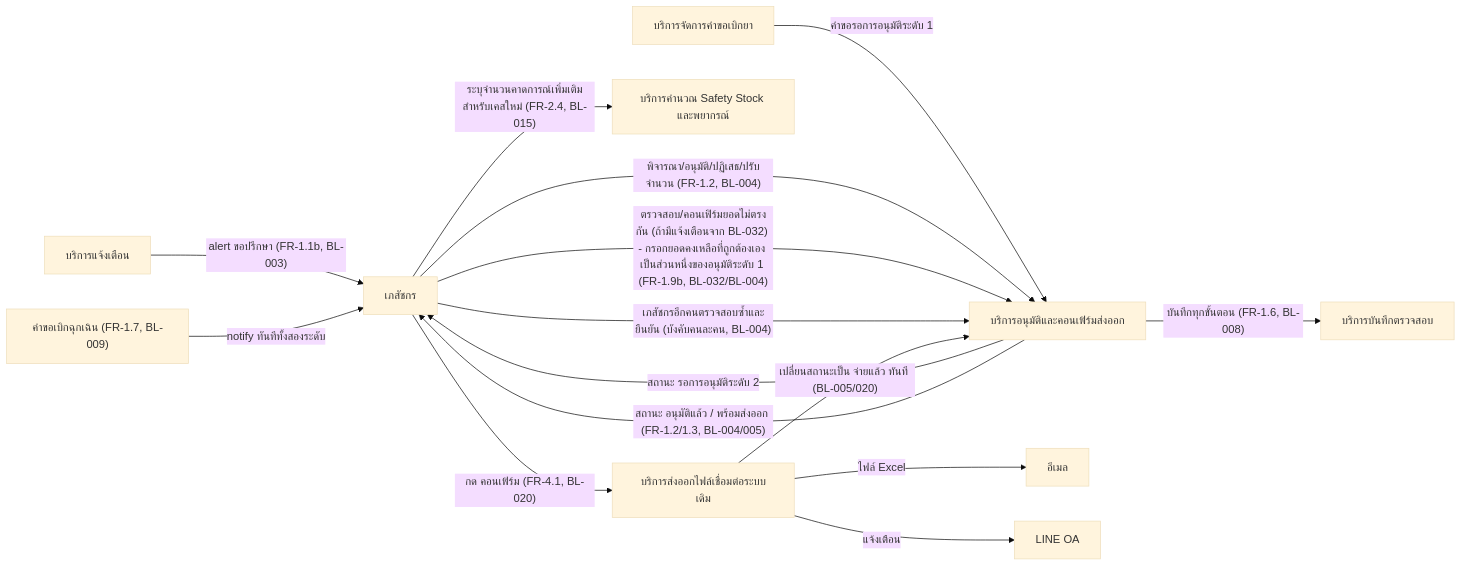
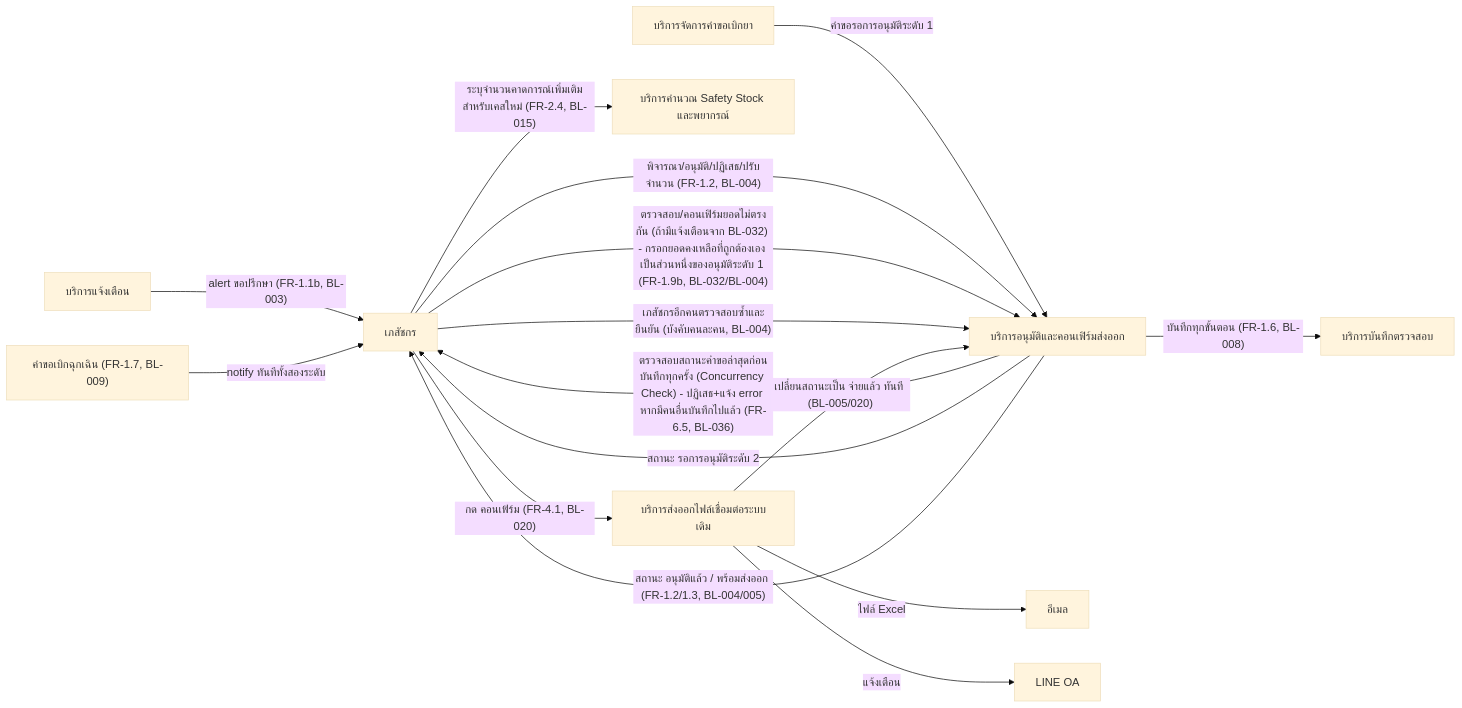
The third of 5 diagrams in 01-requirements/05-architecture.md (6910127-warang/sync_smart), drawn with Mermaid (base theme) before and after one commit. The commit also changed other lines of this file and 37 other files, not shown here.

````diff
--- a/01-requirements/05-architecture.md
+++ b/01-requirements/05-architecture.md
@@ -92,17 +94,18 @@
 ```mermaid
 flowchart LR
     NOTIFY["บริการแจ้งเตือน"] -->|"alert ขอปรึกษา (FR-1.1b, BL-003)"| PHARM["เภสัชกร"]
     REQ["บริการจัดการคำขอเบิกยา"] -->|"คำขอรอการอนุมัติระดับ 1"| APPROVE["บริการอนุมัติและคอนเฟิร์มส่งออก"]
+    APPROVE -->|"ตรวจสอบสถานะคำขอล่าสุดก่อนบันทึกทุกครั้ง (Concurrency Check) - ปฏิเสธ+แจ้ง error หากมีคนอื่นบันทึกไปแล้ว (FR-6.5, BL-036)"| PHARM
     PHARM -->|"พิจารณา/อนุมัติ/ปฏิเสธ/ปรับจำนวน (FR-1.2, BL-004)"| APPROVE
     PHARM -->|"ตรวจสอบ/คอนเฟิร์มยอดไม่ตรงกัน (ถ้ามีแจ้งเตือนจาก BL-032) - กรอกยอดคงเหลือที่ถูกต้องเอง เป็นส่วนหนึ่งของอนุมัติระดับ 1 (FR-1.9b, BL-032/BL-004)"| APPROVE
     PHARM -->|"ระบุจำนวนคาดการณ์เพิ่มเติมสำหรับเคสใหม่ (FR-2.4, BL-015)"| FORECAST["บริการคำนวณ Safety Stock และพยากรณ์"]
     APPROVE -->|"สถานะ รอการอนุมัติระดับ 2"| PHARM
     PHARM -->|"เภสัชกรอีกคนตรวจสอบซ้ำและยืนยัน (บังคับคนละคน, BL-004)"| APPROVE
     APPROVE -->|"สถานะ อนุมัติแล้ว / พร้อมส่งออก (FR-1.2/1.3, BL-004/005)"| PHARM
     PHARM -->|"กด คอนเฟิร์ม (FR-4.1, BL-020)"| EXPORT["บริการส่งออกไฟล์เชื่อมต่อระบบเดิม"]
     EXPORT -->|"ไฟล์ Excel"| EMAIL["อีเมล"]
     EXPORT -->|"แจ้งเตือน"| LINE["LINE OA"]
     EXPORT -->|"เปลี่ยนสถานะเป็น จ่ายแล้ว ทันที (BL-005/020)"| APPROVE
     APPROVE -->|"บันทึกทุกขั้นตอน (FR-1.6, BL-008)"| AUDIT["บริการบันทึกตรวจสอบ"]
     REQEMER["คำขอเบิกฉุกเฉิน (FR-1.7, BL-009)"] -->|"notify ทันทีทั้งสองระดับ"| PHARM
 ```
````
